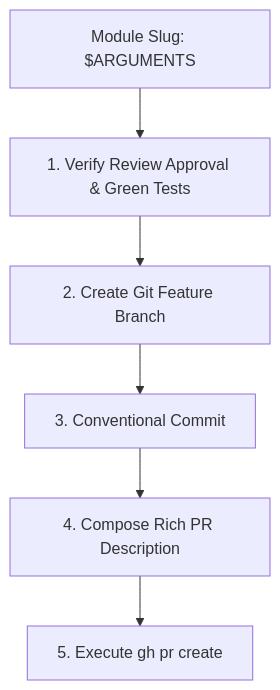
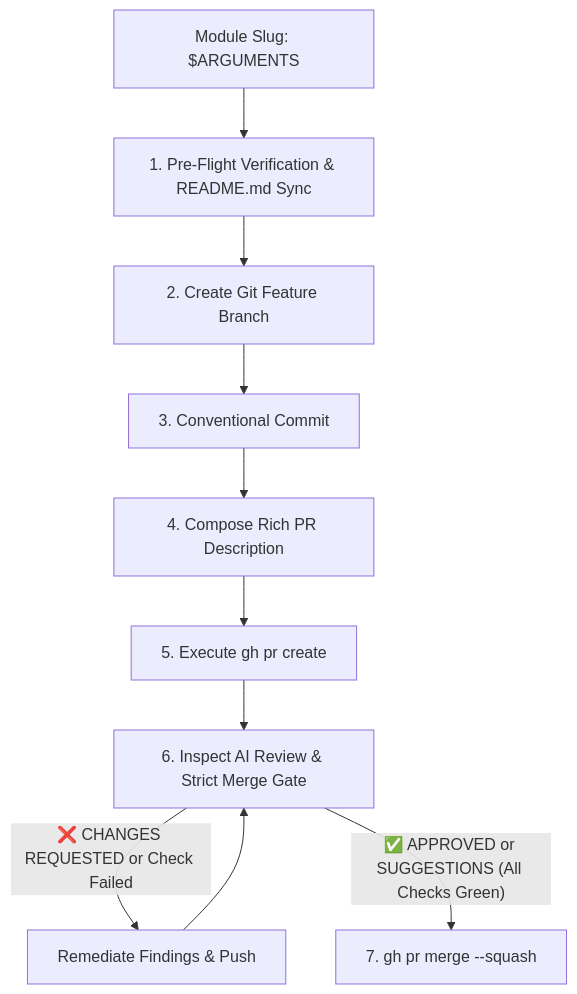
Before and after one commit to akazad13/shopizy-microservice: the diagram in .agents/skills/sdd-pr/SKILL.md, drawn with Mermaid. The commit also changed other lines of this file and 4 other files, not shown here.

Commit message:
fix(workflow): enforce blocking review gate and pre-PR README update sync

````diff
--- a/.agents/skills/sdd-pr/SKILL.md
+++ b/.agents/skills/sdd-pr/SKILL.md
@@ -23,8 +23,12 @@
 ```mermaid
 flowchart TD
-    Module[Module Slug: $ARGUMENTS] --> Verify[1. Verify Review Approval & Green Tests]
+    Module[Module Slug: $ARGUMENTS] --> Verify[1. Pre-Flight Verification & README.md Sync]
     Verify --> Branch[2. Create Git Feature Branch]
     Branch --> Commit[3. Conventional Commit]
     Commit --> Body[4. Compose Rich PR Description]
     Body --> RaisePR[5. Execute gh pr create]
+    RaisePR --> Gate[6. Inspect AI Review & Strict Merge Gate]
+    Gate --> |"❌ CHANGES REQUESTED or Check Failed"| Fix[Remediate Findings & Push]
+    Fix --> Gate
+    Gate --> |"✅ APPROVED or SUGGESTIONS (All Checks Green)"| Merge[7. gh pr merge --squash]
 ```
````
